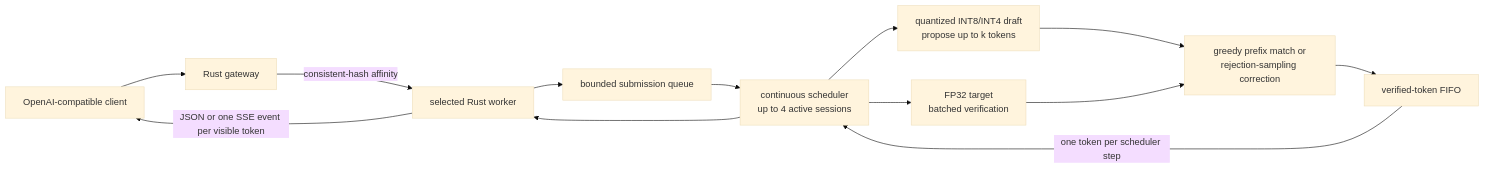
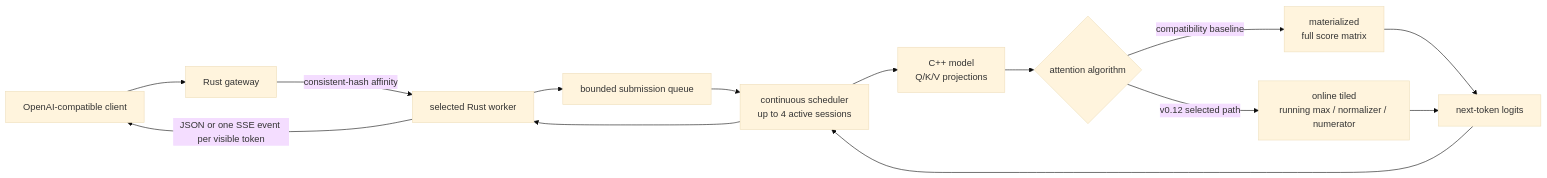
The diagram in README.md (conan505/inferLab), drawn with Mermaid (base theme) before and after one commit. The commit also changed other lines of this file and 35 other files, not shown here.

Commit message:
v0.12 tiled online-softmax attention

````diff
--- a/README.md
+++ b/README.md
@@ -14,15 +14,16 @@
 ```mermaid
 flowchart LR
     C["OpenAI-compatible client"] --> G["Rust gateway"]
     G -->|"consistent-hash affinity"| H["selected Rust worker"]
     H --> Q["bounded submission queue"]
     Q --> S["continuous scheduler<br/>up to 4 active sessions"]
-    S --> D["quantized INT8/INT4 draft<br/>propose up to k tokens"]
-    S --> T["FP32 target<br/>batched verification"]
-    D --> V["greedy prefix match or<br/>rejection-sampling correction"]
-    T --> V
-    V --> B["verified-token FIFO"]
-    B -->|"one token per scheduler step"| S
+    S --> M["C++ model<br/>Q/K/V projections"]
+    M --> A{"attention algorithm"}
+    A -->|"compatibility baseline"| F["materialized<br/>full score matrix"]
+    A -->|"v0.12 selected path"| O["online tiled<br/>running max / normalizer / numerator"]
+    F --> T["next-token logits"]
+    O --> T
+    T --> S
     S --> H
     H -->|"JSON or one SSE event per visible token"| C
 ```
````
